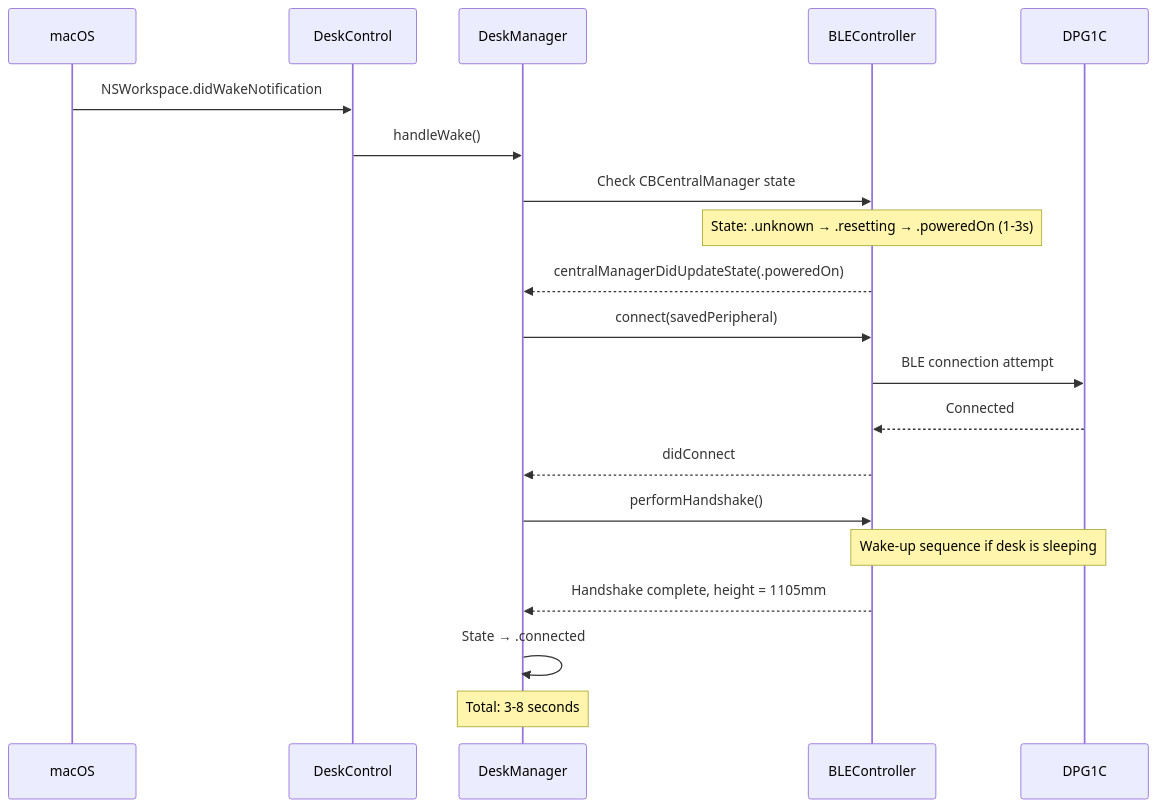
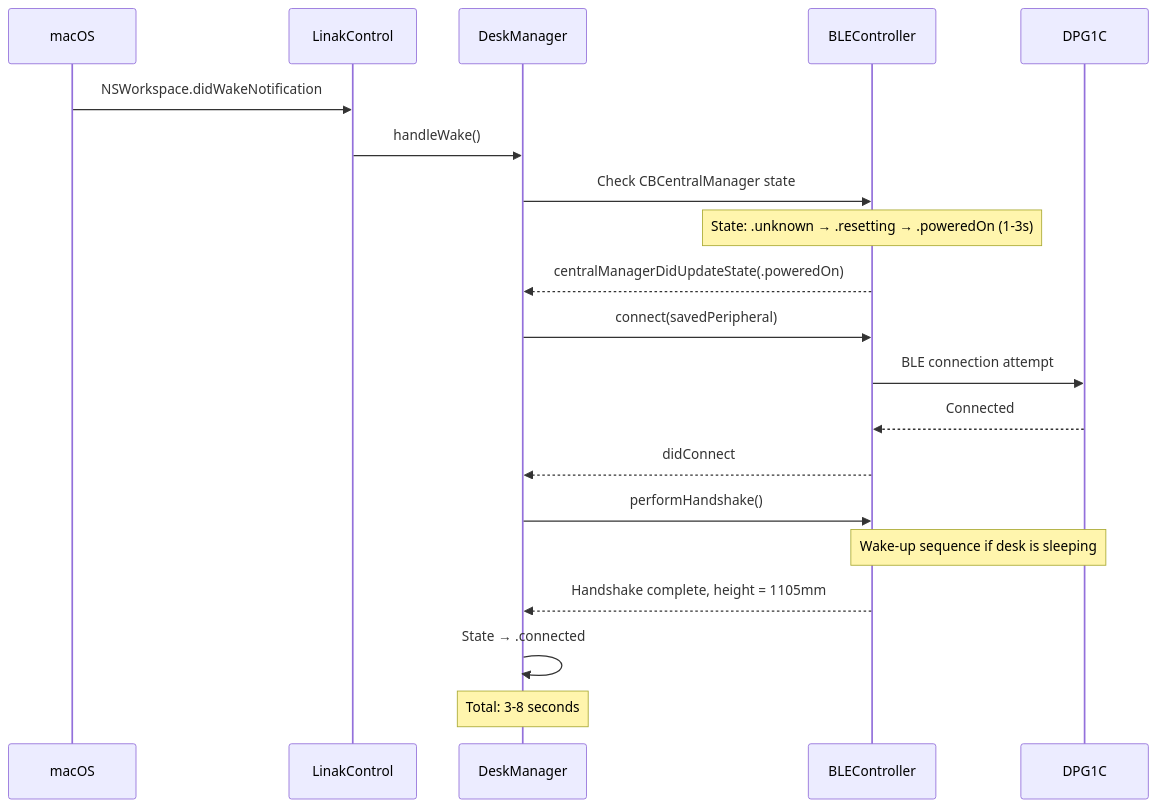
One commit to MMoMM-org/linak-control changed the sixth of 7 diagrams in docs/XDD/specs/001-linak-dpg1c-desk-control/solution.md. Above: the diagram before and after it, drawn with Mermaid. The commit also changed other lines of this file and 10 other files, not shown here.

````diff
--- a/docs/XDD/specs/001-linak-dpg1c-desk-control/solution.md
+++ b/docs/XDD/specs/001-linak-dpg1c-desk-control/solution.md
@@ -749,23 +765,23 @@
 ```mermaid
 sequenceDiagram
     participant OS as macOS
-    participant App as DeskControl
+    participant App as LinakControl
     participant DM as DeskManager
     participant BLE as BLEController
     participant Desk as DPG1C
 
     OS->>App: NSWorkspace.didWakeNotification
     App->>DM: handleWake()
     DM->>BLE: Check CBCentralManager state
     Note over BLE: State: .unknown → .resetting → .poweredOn (1-3s)
     BLE-->>DM: centralManagerDidUpdateState(.poweredOn)
     DM->>BLE: connect(savedPeripheral)
     BLE->>Desk: BLE connection attempt
     Desk-->>BLE: Connected
     BLE-->>DM: didConnect
     DM->>BLE: performHandshake()
     Note over BLE,Desk: Wake-up sequence if desk is sleeping
     BLE-->>DM: Handshake complete, height = 1105mm
     DM->>DM: State → .connected
     Note over DM: Total: 3-8 seconds
 ```
````
